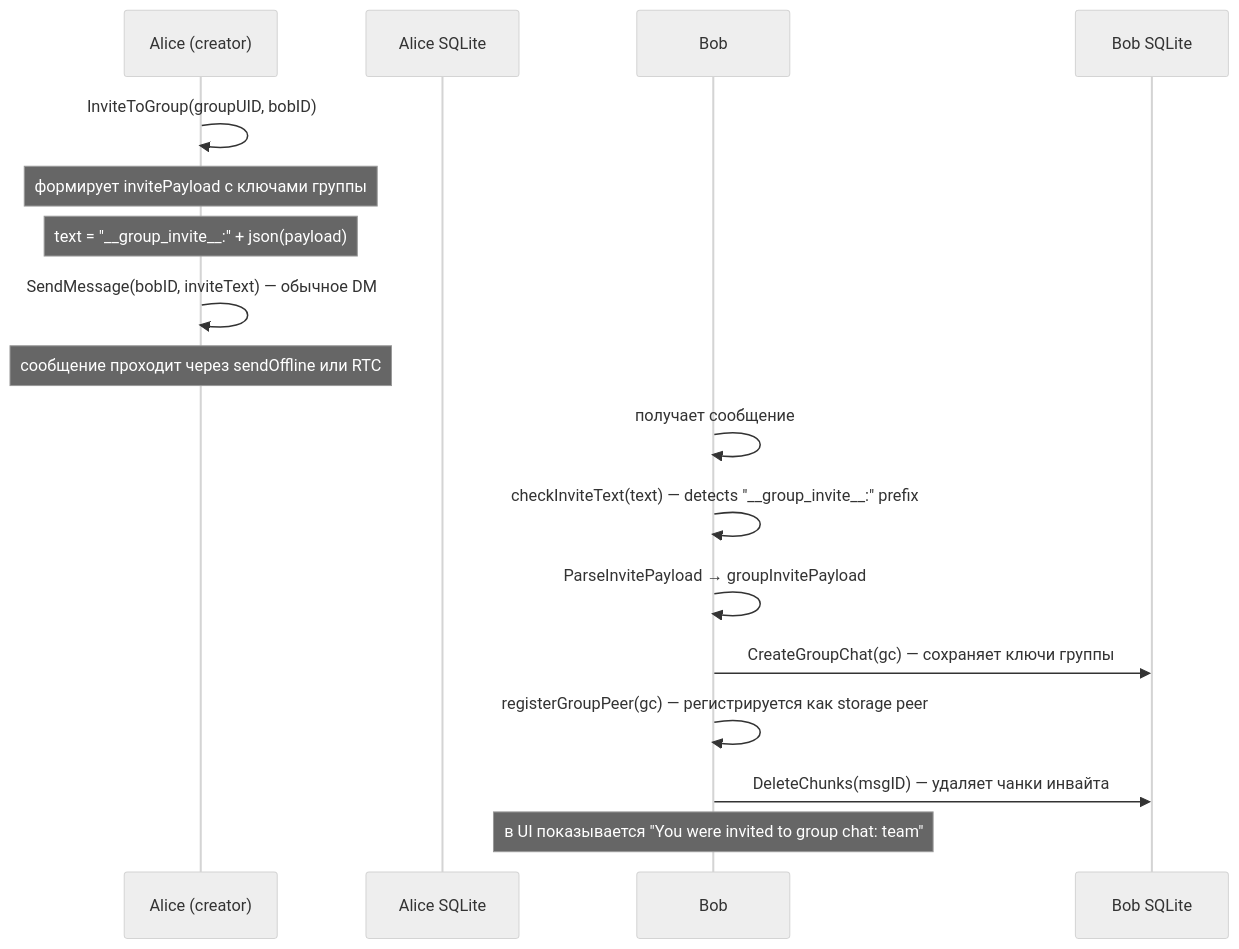
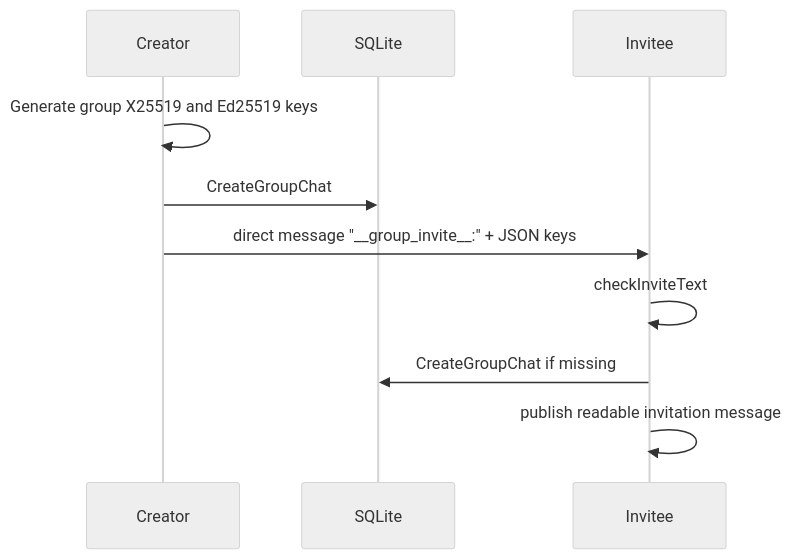
The ninth of 9 diagrams in docs/architecture.md (killbane1232/huginn-messenger), drawn with Mermaid (neutral theme) before and after one commit. The commit also changed other lines of this file and 1 other file, not shown here.

````diff
--- a/docs/architecture.md
+++ b/docs/architecture.md
@@ -478,20 +394,13 @@
 ```mermaid
 sequenceDiagram
-    participant A as Alice (creator)
-    participant A_DB as Alice SQLite
-    participant B as Bob
-    participant B_DB as Bob SQLite
+    participant A as Creator
+    participant DB as SQLite
+    participant B as Invitee
 
-    A->>A: InviteToGroup(groupUID, bobID)
-    Note over A: формирует invitePayload с ключами группы
-    Note over A: text = "__group_invite__:" + json(payload)
-    A->>A: SendMessage(bobID, inviteText) — обычное DM
-    Note over A: сообщение проходит через sendOffline или RTC
-    B->>B: получает сообщение
-    B->>B: checkInviteText(text) — detects "__group_invite__:" prefix
-    B->>B: ParseInvitePayload → groupInvitePayload
-    B->>B_DB: CreateGroupChat(gc) — сохраняет ключи группы
-    B->>B: registerGroupPeer(gc) — регистрируется как storage peer
-    B->>B_DB: DeleteChunks(msgID) — удаляет чанки инвайта
-    Note over B: в UI показывается "You were invited to group chat: team"
+    A->>A: Generate group X25519 and Ed25519 keys
+    A->>DB: CreateGroupChat
+    A->>B: direct message "__group_invite__:" + JSON keys
+    B->>B: checkInviteText
+    B->>DB: CreateGroupChat if missing
+    B->>B: publish readable invitation message
 ```
````
